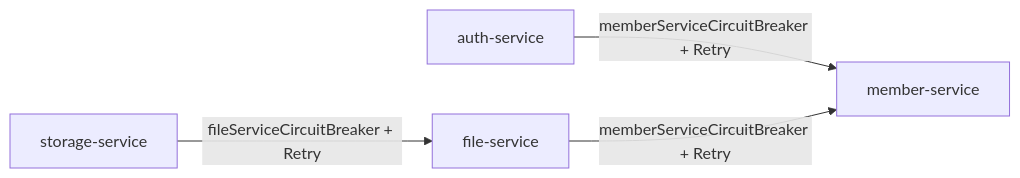
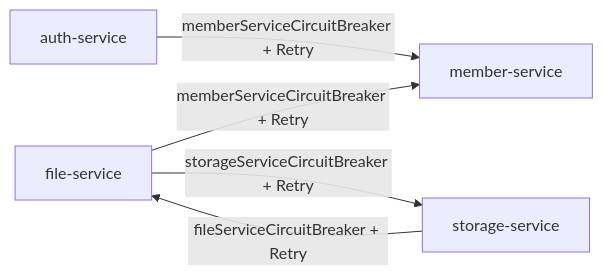
One commit to rivertw777/ModuDrive-API changed the fourth of 4 diagrams in .docs/spec/006-resilience-spec.md. Above: the diagram before and after it, drawn with Mermaid. The commit also changed 178 other files, not shown here.

````diff
--- a/.docs/spec/006-resilience-spec.md
+++ b/.docs/spec/006-resilience-spec.md
@@ -251,11 +251,12 @@
 ```mermaid
 flowchart LR
     A["auth-service"]
     F["file-service"]
     M["member-service"]
     S["storage-service"]
 
     A -- "memberServiceCircuitBreaker + Retry" --> M
     F -- "memberServiceCircuitBreaker + Retry" --> M
     S -- "fileServiceCircuitBreaker + Retry" --> F
+    F -- "storageServiceCircuitBreaker + Retry" --> S
 ```
````
